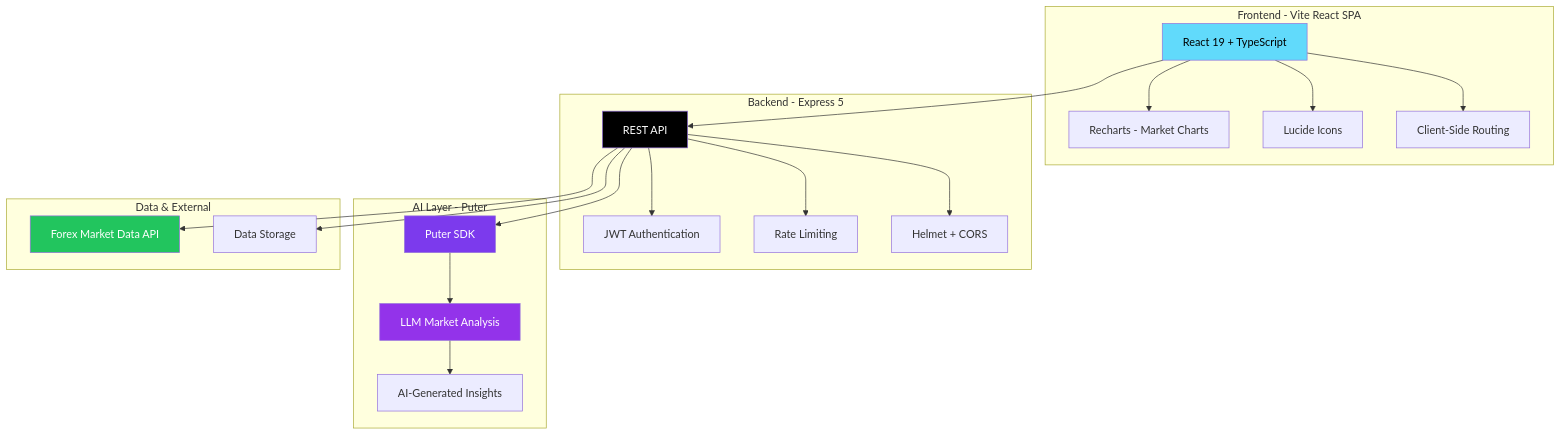
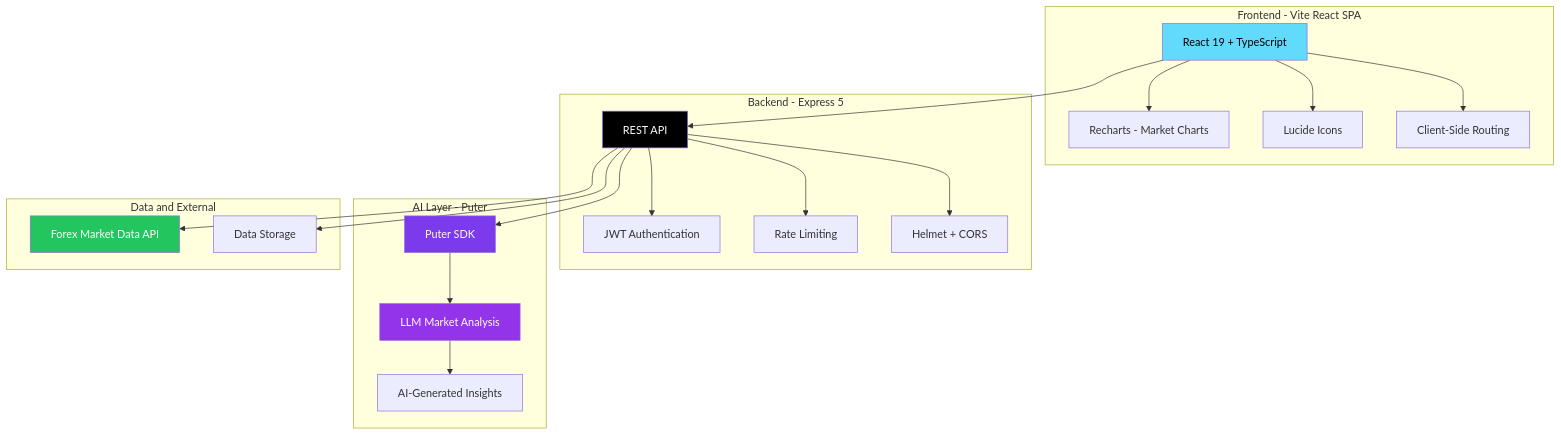
One commit to mulkymalikuldhrs/pase-fx changed the first of 4 diagrams in README.md. Above: the diagram before and after it, drawn with Mermaid. The commit also changed other lines of this file and 1 other file, not shown here.

Commit message:
🎨 Upgrade: banner image + fixed Mermaid + animations + flow diagrams

````diff
--- a/README.md
+++ b/README.md
@@ -122,46 +35,46 @@
 ```mermaid
 graph TB
-    subgraph "Frontend - Vite React SPA"
+    subgraph Frontend["Frontend - Vite React SPA"]
         UI["React 19 + TypeScript"]
         Charts["Recharts - Market Charts"]
         Lucide["Lucide Icons"]
         Router["Client-Side Routing"]
     end
 
-    subgraph "Backend - Express 5"
+    subgraph Backend["Backend - Express 5"]
         API["REST API"]
         Auth["JWT Authentication"]
         RateLimit["Rate Limiting"]
         Security["Helmet + CORS"]
     end
 
-    subgraph "AI Layer - Puter"
+    subgraph AILayer["AI Layer - Puter"]
         PuterSDK["Puter SDK"]
-        LLM["LLM Market Analysis"]
+        LLMMarket["LLM Market Analysis"]
         Insights["AI-Generated Insights"]
     end
 
-    subgraph "Data & External"
+    subgraph DataExt["Data and External"]
         ForexAPI["Forex Market Data API"]
         DB["Data Storage"]
     end
 
     UI --> Charts
     UI --> Lucide
     UI --> Router
     UI --> API
     API --> Auth
     API --> RateLimit
     API --> Security
     API --> PuterSDK
-    PuterSDK --> LLM
-    LLM --> Insights
+    PuterSDK --> LLMMarket
+    LLMMarket --> Insights
     API --> ForexAPI
     API --> DB
 
     style UI fill:#61DAFB,color:#000
     style API fill:#000,color:#fff
     style PuterSDK fill:#7c3aed,color:#fff
-    style LLM fill:#9333ea,color:#fff
+    style LLMMarket fill:#9333ea,color:#fff
     style ForexAPI fill:#22c55e,color:#fff
 ```
````
